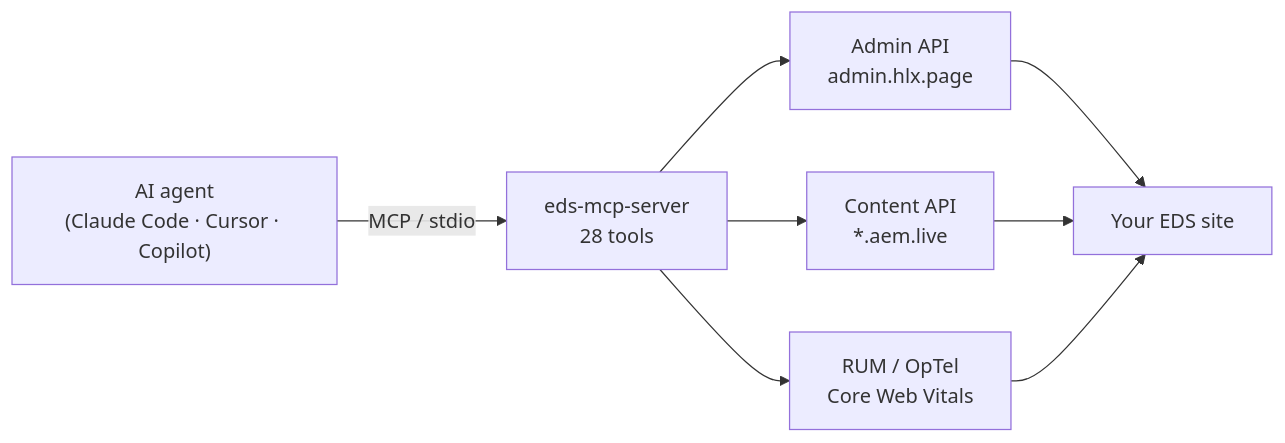
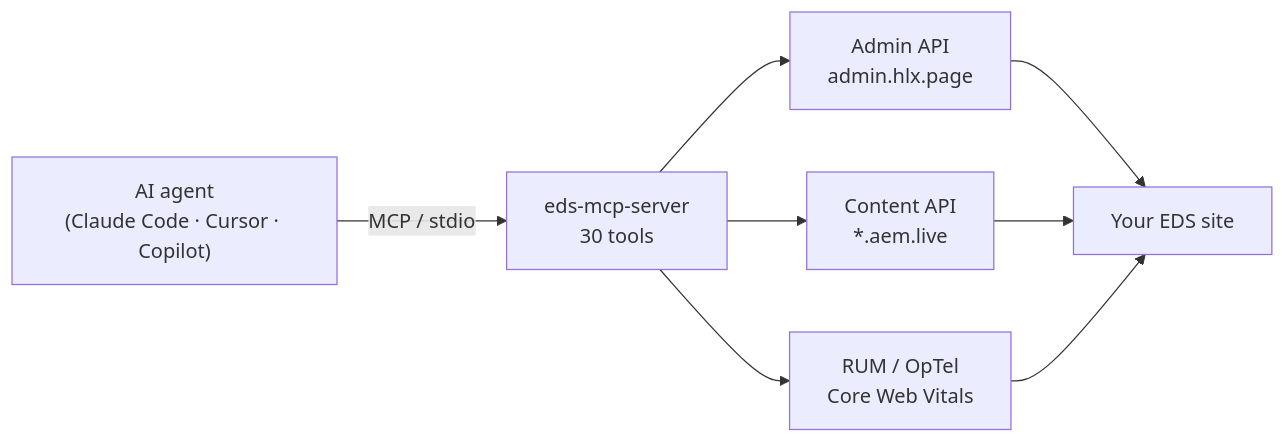
Before and after one commit to Focus-GTS/eds-mcp-server: the first of 2 diagrams in README.md, drawn with Mermaid. The commit also changed other lines of this file and 9 other files, not shown here.

````diff
--- a/README.md
+++ b/README.md
@@ -40,10 +40,10 @@
 ```mermaid
 flowchart LR
-  A["AI agent<br/>(Claude Code · Cursor · Copilot)"] -- MCP / stdio --> B["eds-mcp-server<br/>28 tools"]
+  A["AI agent<br/>(Claude Code · Cursor · Copilot)"] -- MCP / stdio --> B["eds-mcp-server<br/>30 tools"]
   B --> C["Admin API<br/>admin.hlx.page"]
   B --> D["Content API<br/>*.aem.live"]
   B --> E["RUM / OpTel<br/>Core Web Vitals"]
   C --> F["Your EDS site"]
   D --> F
   E --> F
 ```
````
